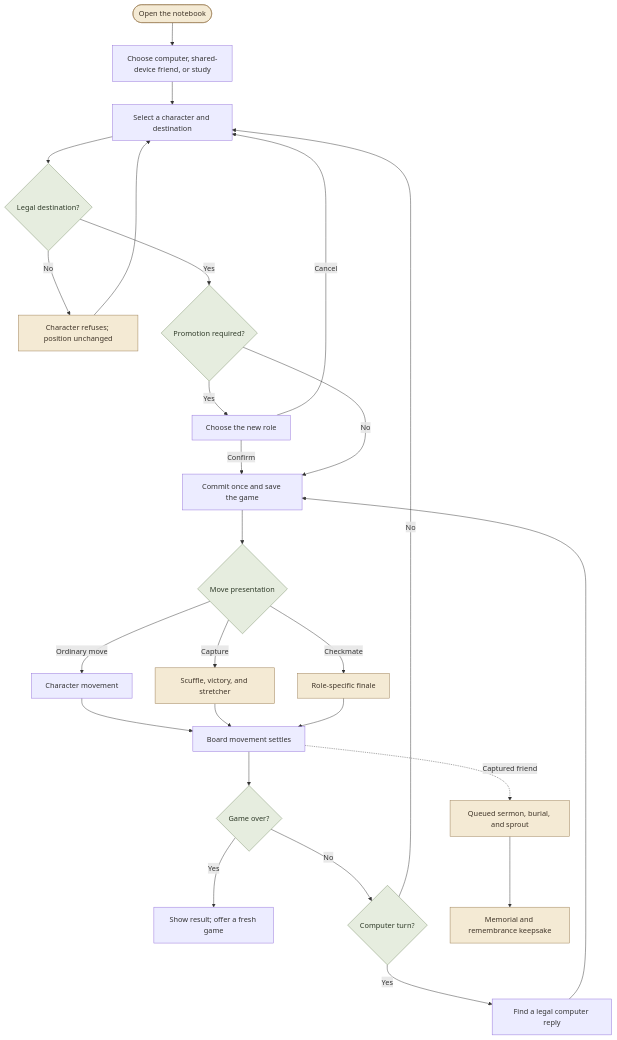
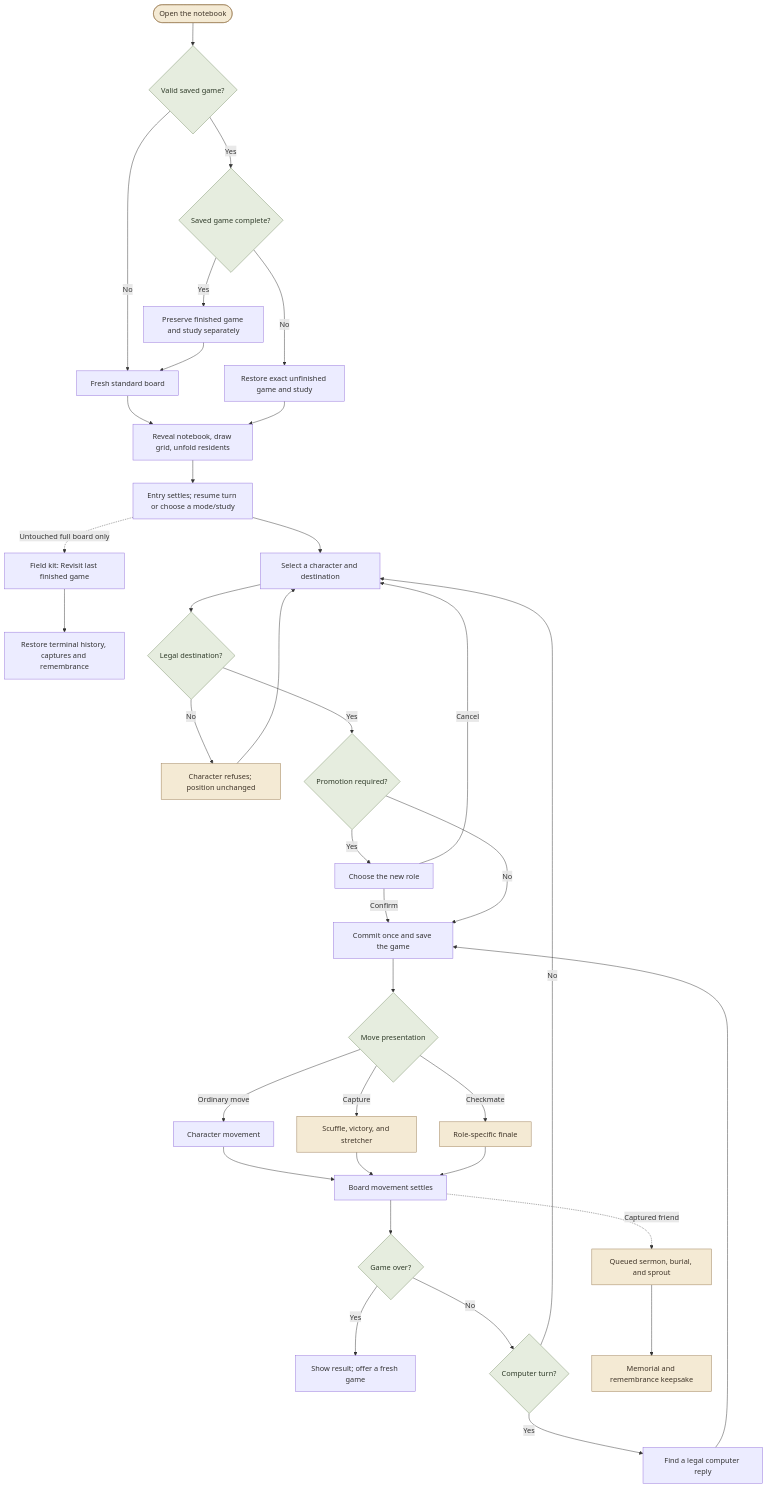
One commit to Davidson3556/Paperwild changed the first of 3 diagrams in README.md. Above: the diagram before and after it, drawn with Mermaid. The commit also changed other lines of this file and 14 other files, not shown here.

Commit message:
Restore notebook startup and preserve finished games

````diff
--- a/README.md
+++ b/README.md
@@ -80,33 +80,43 @@
 ```mermaid
 flowchart TD
-    notebook(["Open the notebook"]) --> mode["Choose computer, shared-device friend, or study"]
+    notebook(["Open the notebook"]) --> saved{"Valid saved game?"}
+    saved -->|"No"| fresh["Fresh standard board"]
+    saved -->|"Yes"| complete{"Saved game complete?"}
+    complete -->|"Yes"| archive["Preserve finished game and study separately"]
+    archive --> fresh
+    complete -->|"No"| restore["Restore exact unfinished game and study"]
+    fresh --> entry["Reveal notebook, draw grid, unfold residents"]
+    restore --> entry
+    entry --> mode["Entry settles; resume turn or choose a mode/study"]
+    mode -.->|"Untouched full board only"| revisit["Field kit: Revisit last finished game"]
+    revisit --> finished["Restore terminal history, captures and remembrance"]
     mode --> selection["Select a character and destination"]
     selection --> legal{"Legal destination?"}
     legal -->|"No"| refusal["Character refuses; position unchanged"]
     refusal --> selection
     legal -->|"Yes"| promotion{"Promotion required?"}
     promotion -->|"Yes"| choice["Choose the new role"]
     choice -->|"Cancel"| selection
     choice -->|"Confirm"| commit["Commit once and save the game"]
     promotion -->|"No"| commit
     commit --> presentation{"Move presentation"}
     presentation -->|"Ordinary move"| gait["Character movement"]
     presentation -->|"Capture"| capture["Scuffle, victory, and stretcher"]
     presentation -->|"Checkmate"| finale["Role-specific finale"]
     gait --> settled["Board movement settles"]
     capture --> settled
     finale --> settled
     settled --> gameOver{"Game over?"}
     gameOver -->|"Yes"| result["Show result; offer a fresh game"]
     gameOver -->|"No"| computerTurn{"Computer turn?"}
     computerTurn -->|"No"| selection
     computerTurn -->|"Yes"| search["Find a legal computer reply"]
     search --> commit
     settled -.->|"Captured friend"| ceremony["Queued sermon, burial, and sprout"]
     ceremony --> remembrance["Memorial and remembrance keepsake"]
 
     classDef story fill:#f4ead4,stroke:#9a7c53,color:#3f3428
     classDef decision fill:#e6eddf,stroke:#7e916c,color:#2f3b29
     class notebook,refusal,capture,finale,ceremony,remembrance story
-    class legal,promotion,presentation,gameOver,computerTurn decision
+    class saved,complete,legal,promotion,presentation,gameOver,computerTurn decision
 ```
````
